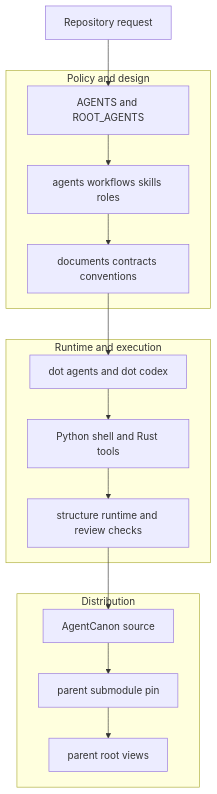
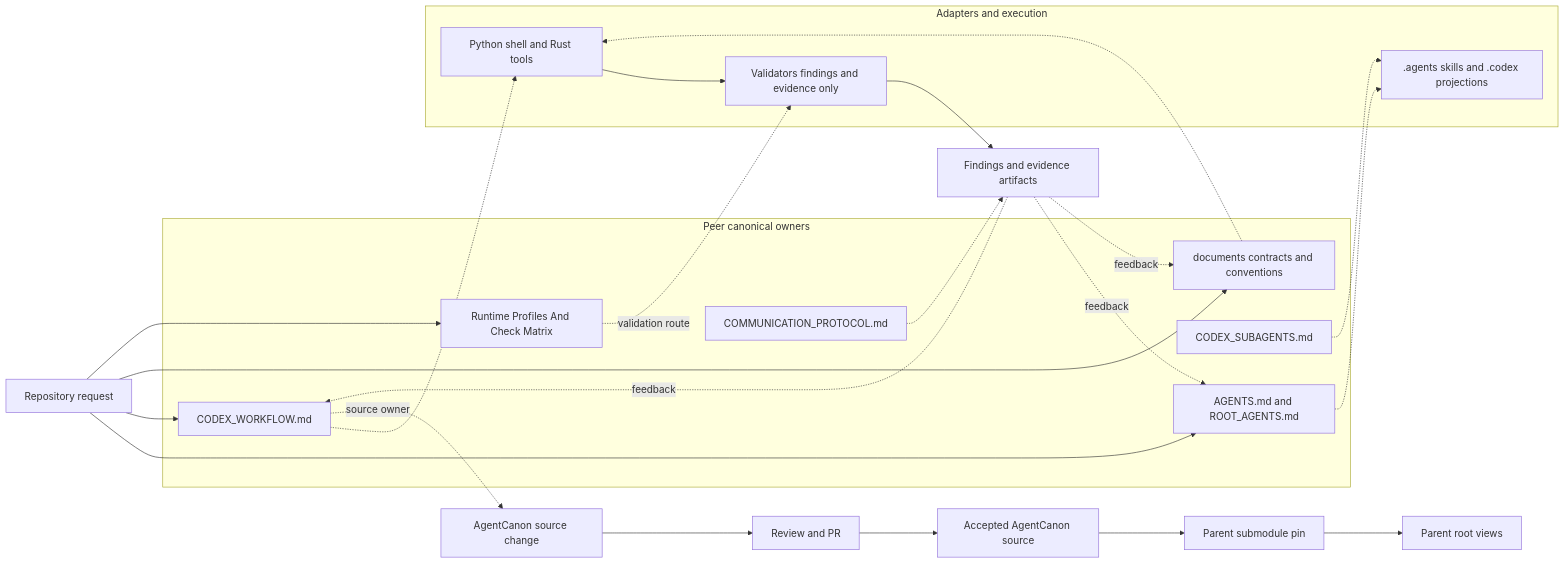
Before and after one commit to iwashita-nozomu/agent-canon: the diagram in README.md, drawn with Mermaid. The commit also changed other lines of this file, not shown here.

Commit message:
docs: qualify AgentCanon design overview boundaries

````diff
--- a/README.md
+++ b/README.md
@@ -63,32 +70,47 @@
 ```mermaid
-flowchart TB
+flowchart LR
   request[Repository request]
 
-  subgraph policy[Policy and design]
-    instructions[AGENTS and ROOT_AGENTS]
-    agents[agents workflows skills roles]
-    documents[documents contracts conventions]
+  subgraph owners[Peer canonical owners]
+    instructions[AGENTS.md and ROOT_AGENTS.md]
+    workflow[CODEX_WORKFLOW.md]
+    subagents[CODEX_SUBAGENTS.md]
+    communication[COMMUNICATION_PROTOCOL.md]
+    documents[documents contracts and conventions]
+    profiles[Runtime Profiles And Check Matrix]
   end
 
-  subgraph runtime[Runtime and execution]
-    adapters[dot agents and dot codex]
+  subgraph execution[Adapters and execution]
+    adapters[.agents skills and .codex projections]
     tools[Python shell and Rust tools]
-    validators[structure runtime and review checks]
+    validators[Validators findings and evidence only]
   end
 
-  subgraph distribution[Distribution]
-    source[AgentCanon source]
-    pin[parent submodule pin]
-    views[parent root views]
-  end
+  evidence[Findings and evidence artifacts]
+  change[AgentCanon source change]
+  review[Review and PR]
+  source[Accepted AgentCanon source]
+  pin[Parent submodule pin]
+  views[Parent root views]
 
   request --> instructions
-  instructions --> agents
-  agents --> documents
-  documents --> adapters
-  adapters --> tools
+  request --> workflow
+  request --> documents
+  request --> profiles
+  instructions -.-> adapters
+  workflow -.-> tools
+  subagents -.-> adapters
+  communication -.-> evidence
+  documents -.-> tools
+  profiles -. validation route .-> validators
   tools --> validators
-  validators --> source
+  validators --> evidence
+  evidence -. feedback .-> instructions
+  evidence -. feedback .-> workflow
+  evidence -. feedback .-> documents
+  workflow -. source owner .-> change
+  change --> review
+  review --> source
   source --> pin
   pin --> views
 ```
````
